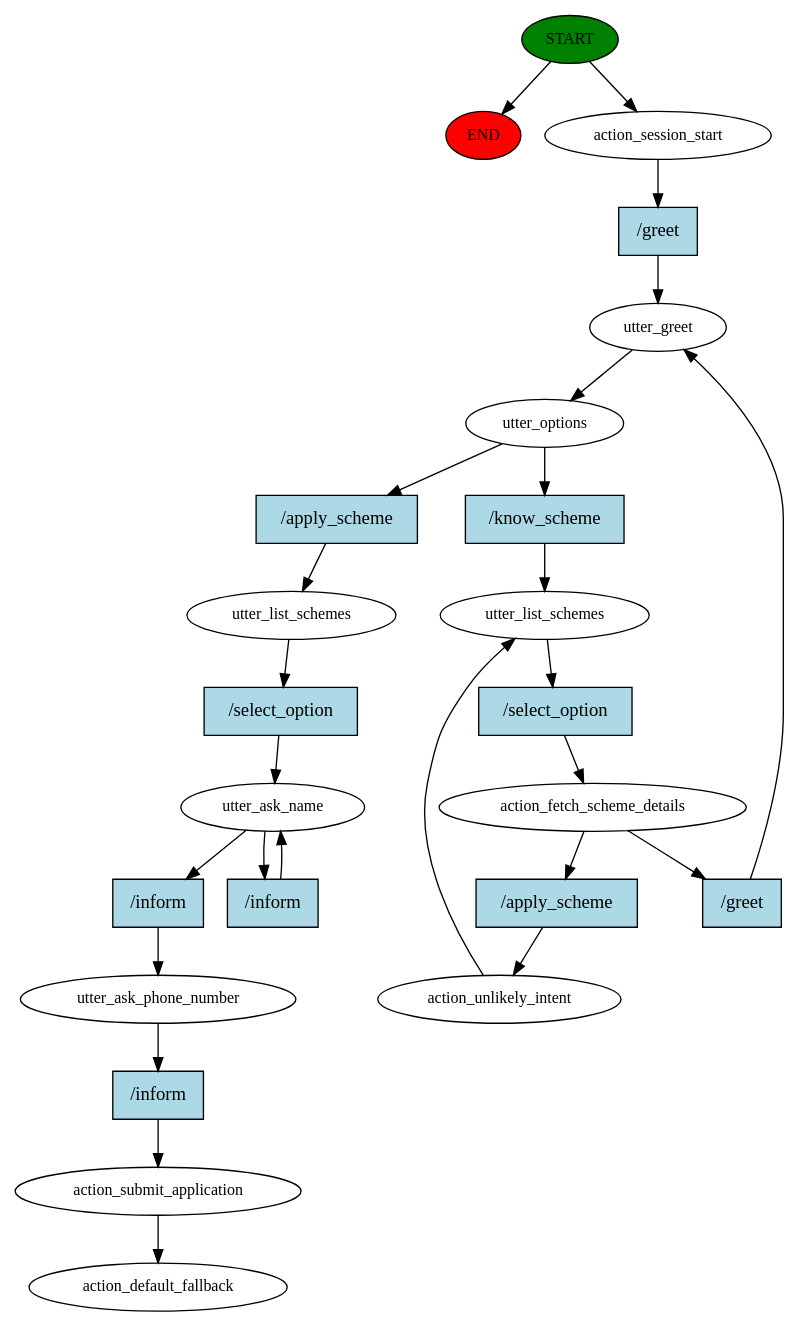
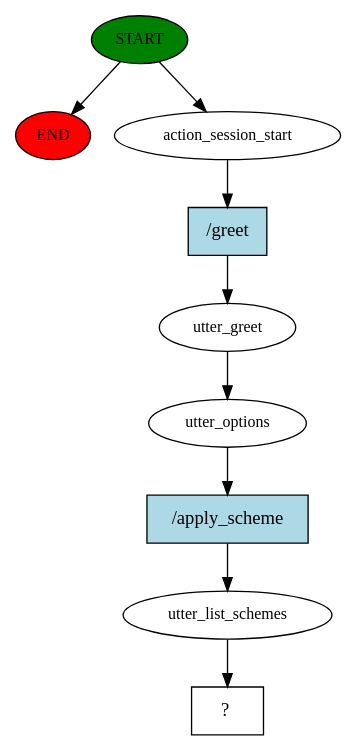
One commit to pulkitbalhara/SajiloSewak changed the diagram in story_graph.dot. Above: the diagram before and after it, drawn with Graphviz. The commit also changed 2 other files, not shown here.

```diff
--- a/story_graph.dot
+++ b/story_graph.dot
@@ -1,50 +1,19 @@
 digraph  {
 0 [class="start active", fillcolor=green, fontsize=12, label=START, style=filled];
 "-1" [class=end, fillcolor=red, fontsize=12, label=END, style=filled];
 1 [class=active, fontsize=12, label=action_session_start];
 2 [class=active, fontsize=12, label=utter_greet];
 3 [class=active, fontsize=12, label=utter_options];
 4 [class=active, fontsize=12, label=utter_list_schemes];
-5 [class=active, fontsize=12, label=action_fetch_scheme_details];
-10 [class=active, fontsize=12, label=action_unlikely_intent];
-15 [class=active, fontsize=12, label=utter_list_schemes];
-16 [class=active, fontsize=12, label=utter_ask_name];
-18 [class=active, fontsize=12, label=utter_ask_phone_number];
-19 [class=active, fontsize=12, label=action_submit_application];
-20 [class="dashed active", fontsize=12, label=action_default_fallback];
-21 [class="intent active", fillcolor=lightblue, label="/greet", shape=rect, style=filled];
-22 [class="intent active", fillcolor=lightblue, label="/know_scheme", shape=rect, style=filled];
-23 [class="intent active", fillcolor=lightblue, label="/apply_scheme", shape=rect, style=filled];
-24 [class="intent active", fillcolor=lightblue, label="/select_option", shape=rect, style=filled];
-25 [class="intent active", fillcolor=lightblue, label="/greet", shape=rect, style=filled];
-26 [class="intent active", fillcolor=lightblue, label="/apply_scheme", shape=rect, style=filled];
-27 [class="intent active", fillcolor=lightblue, label="/select_option", shape=rect, style=filled];
-28 [class="intent active", fillcolor=lightblue, label="/inform", shape=rect, style=filled];
-29 [class="intent active", fillcolor=lightblue, label="/inform", shape=rect, style=filled];
-30 [class="intent active", fillcolor=lightblue, label="/inform", shape=rect, style=filled];
+5 [class="intent dashed active", label="  ?  ", shape=rect];
+6 [class="intent active", fillcolor=lightblue, label="/greet", shape=rect, style=filled];
+7 [class="intent active", fillcolor=lightblue, label="/apply_scheme", shape=rect, style=filled];
 0 -> "-1"  [class="", key=NONE, label=""];
 0 -> 1  [class=active, key=NONE, label=""];
-1 -> 21  [class=active, key=0];
+1 -> 6  [class=active, key=0];
 2 -> 3  [class=active, key=NONE, label=""];
-3 -> 22  [class=active, key=0];
-3 -> 23  [class=active, key=0];
-4 -> 24  [class=active, key=0];
-5 -> 25  [class=active, key=0];
-5 -> 26  [class=active, key=0];
-10 -> 4  [class=active, key=NONE, label=""];
-15 -> 27  [class=active, key=0];
-16 -> 28  [class=active, key=0];
-16 -> 29  [class=active, key=0];
-18 -> 30  [class=active, key=0];
-19 -> 20  [class=active, key=NONE, label=""];
-21 -> 2  [class=active, key=0];
-22 -> 4  [class=active, key=0];
-23 -> 15  [class=active, key=0];
-24 -> 5  [class=active, key=0];
-25 -> 2  [class=active, key=0];
-26 -> 10  [class=active, key=0];
-27 -> 16  [class=active, key=0];
-28 -> 18  [class=active, key=0];
-29 -> 16  [class=active, key=0];
-30 -> 19  [class=active, key=0];
+3 -> 7  [class=active, key=0];
+4 -> 5  [class=active, key=NONE, label=""];
+6 -> 2  [class=active, key=0];
+7 -> 4  [class=active, key=0];
 }
```
